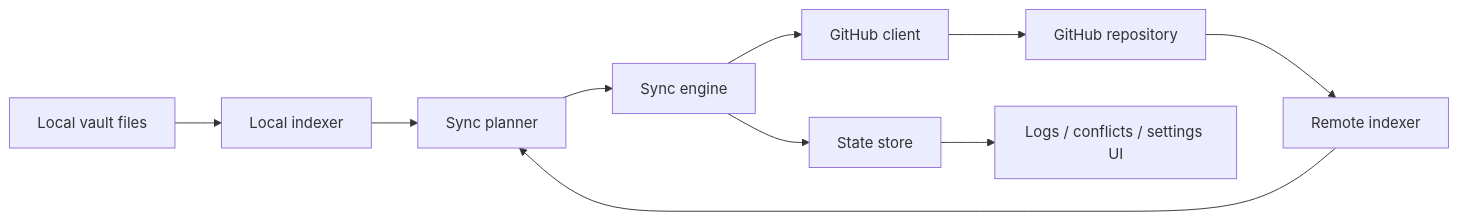
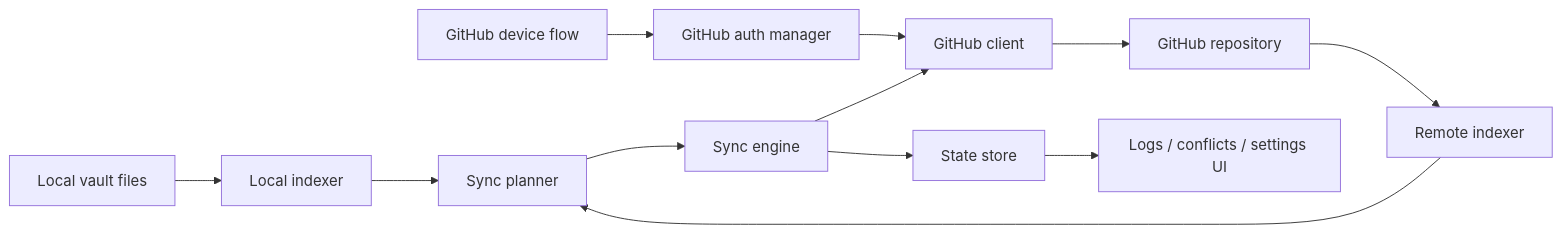
One commit to asmotim/obsidian-github-api-sync changed the diagram in docs/architecture.md. Above: the diagram before and after it, drawn with Mermaid. The commit also changed other lines of this file and 57 other files, not shown here.

Commit message:
feat: harden GitHub App sync UX and safety

````diff
--- a/docs/architecture.md
+++ b/docs/architecture.md
@@ -20,12 +21,14 @@
 ```mermaid
 flowchart LR
     Vault[Local vault files] --> LocalIndexer[Local indexer]
     GitHubRepo[GitHub repository] --> RemoteIndexer[Remote indexer]
+    GitHubAuth[GitHub auth manager] --> GitHubClient[GitHub client]
+    GitHubLogin[GitHub device flow] --> GitHubAuth
     LocalIndexer --> Planner[Sync planner]
     RemoteIndexer --> Planner
     Planner --> Engine[Sync engine]
     Engine --> GitHubClient[GitHub client]
     Engine --> StateStore[State store]
     StateStore --> UI[Logs / conflicts / settings UI]
     GitHubClient --> GitHubRepo
 ```
````
